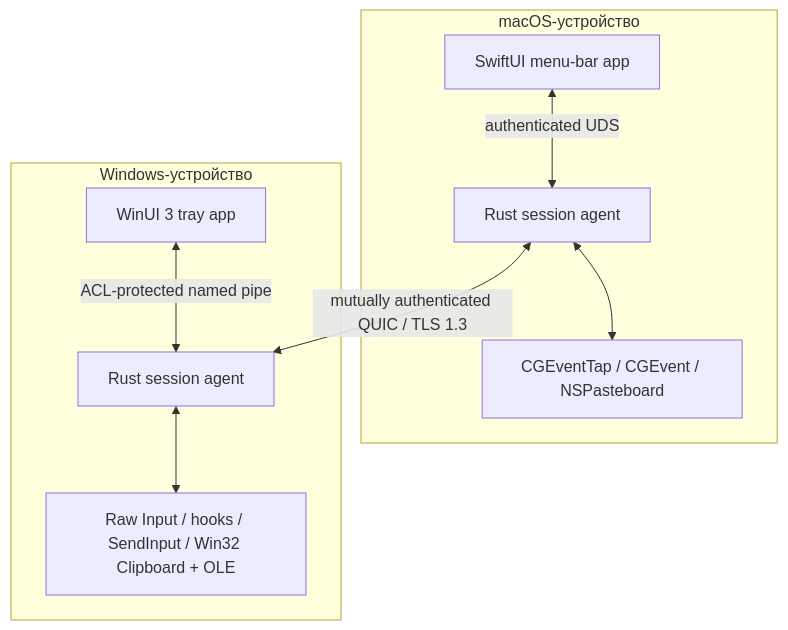
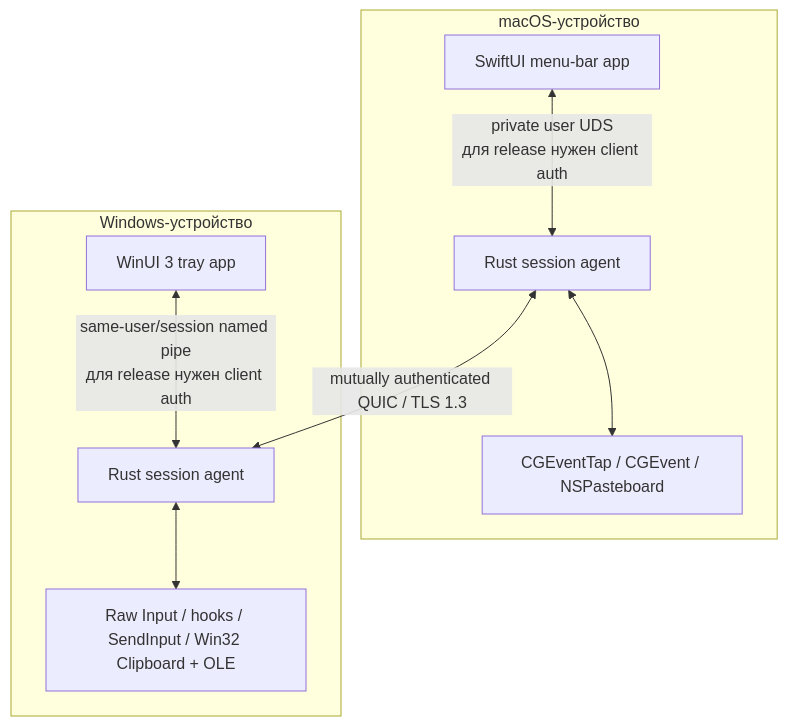
The diagram in docs/architecture.ru.md (greendexd/nodavo), drawn with Mermaid before and after one commit. The commit also changed other lines of this file and 139 other files, not shown here.

````diff
--- a/docs/architecture.ru.md
+++ b/docs/architecture.ru.md
@@ -13,20 +13,20 @@
 ```mermaid
 flowchart TB
     subgraph Mac["macOS-устройство"]
         MUI["SwiftUI menu-bar app"]
         MA["Rust session agent"]
         MAP["CGEventTap / CGEvent / NSPasteboard"]
-        MUI <-->|"authenticated UDS"| MA
+        MUI <-->|"private user UDS<br/>для release нужен client auth"| MA
         MA <--> MAP
     end
 
     subgraph Win["Windows-устройство"]
         WUI["WinUI 3 tray app"]
         WA["Rust session agent"]
         WAP["Raw Input / hooks / SendInput / Win32 Clipboard + OLE"]
-        WUI <-->|"ACL-protected named pipe"| WA
+        WUI <-->|"same-user/session named pipe<br/>для release нужен client auth"| WA
         WA <--> WAP
     end
 
     MA <-->|"mutually authenticated QUIC / TLS 1.3"| WA
 ```
````
